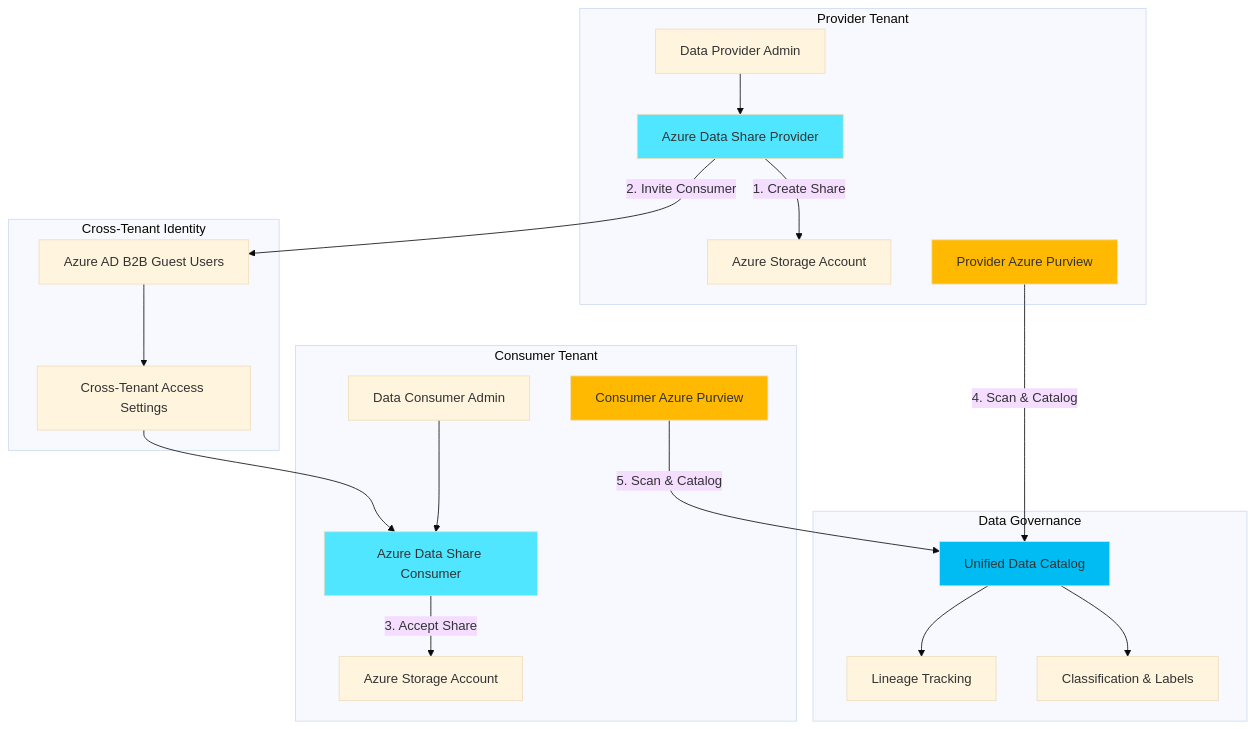
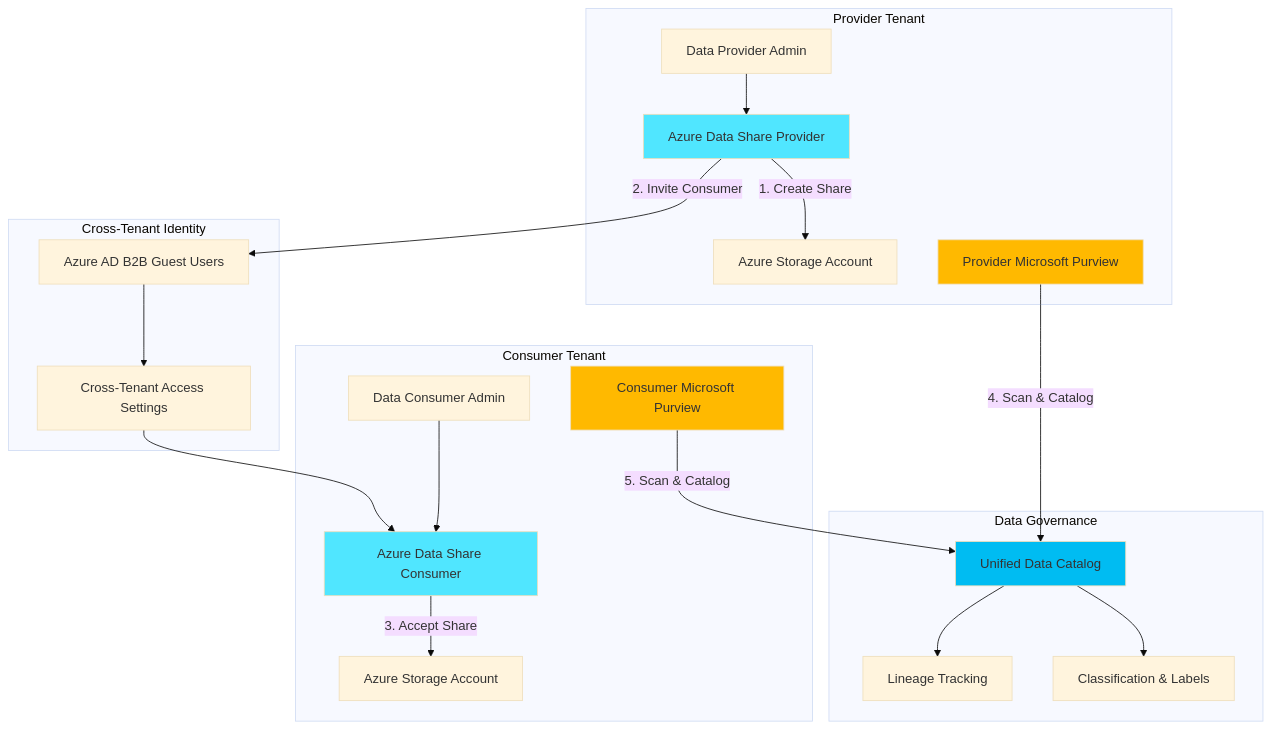
One commit to mzazon/awesome-cloud-projects changed the diagram in azure/governed-cross-tenant-data-collaboration/governed-cross-tenant-data-collaboration.md. Above: the diagram before and after it, drawn with Mermaid (base theme). The commit also changed other lines of this file and 5581 other files, not shown here.

````diff
--- a/azure/governed-cross-tenant-data-collaboration/governed-cross-tenant-data-collaboration.md
+++ b/azure/governed-cross-tenant-data-collaboration/governed-cross-tenant-data-collaboration.md
@@ -30,45 +30,45 @@
 ```mermaid
 graph TB
     subgraph "Provider Tenant"
         A[Data Provider Admin]
         B[Azure Storage Account]
         C[Azure Data Share Provider]
-        D[Provider Azure Purview]
+        D[Provider Microsoft Purview]
     end
     
     subgraph "Cross-Tenant Identity"
         E[Azure AD B2B Guest Users]
         F[Cross-Tenant Access Settings]
     end
     
     subgraph "Consumer Tenant"
         G[Data Consumer Admin]
         H[Azure Storage Account]
         I[Azure Data Share Consumer]
-        J[Consumer Azure Purview]
+        J[Consumer Microsoft Purview]
     end
     
     subgraph "Data Governance"
         K[Unified Data Catalog]
         L[Lineage Tracking]
         M[Classification & Labels]
     end
     
     A-->C
     C-->|1. Create Share|B
     C-->|2. Invite Consumer|E
     E-->F
     F-->I
     G-->I
     I-->|3. Accept Share|H
     D-->|4. Scan & Catalog|K
     J-->|5. Scan & Catalog|K
     K-->L
     K-->M
     
     style C fill:#50E6FF
     style I fill:#50E6FF
     style D fill:#FFB900
     style J fill:#FFB900
     style K fill:#00BCF2
 ```
````
